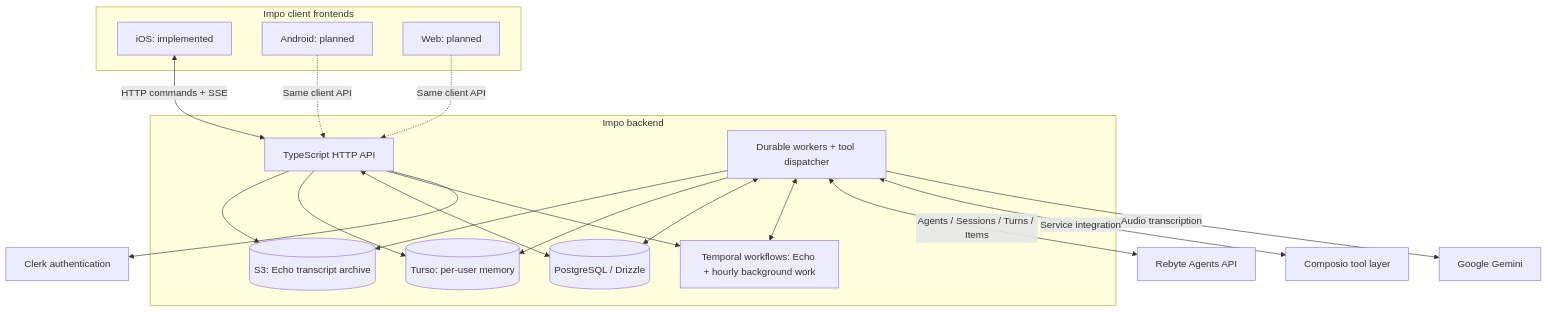
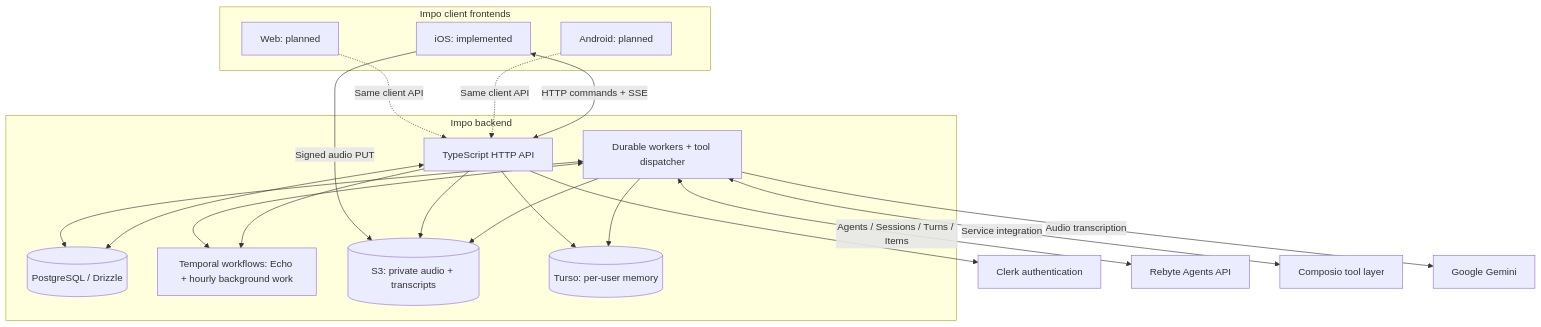
The diagram in README.md (impoai/impo), drawn with Mermaid before and after one commit. The commit also changed other lines of this file and 38 other files, not shown here.

Commit message:
Upload Echo audio directly to S3 with durable confirmation

````diff
--- a/README.md
+++ b/README.md
@@ -70,31 +71,32 @@
 ```mermaid
 flowchart TB
     subgraph Clients["Impo client frontends"]
         App["iOS: implemented"]
         Android["Android: planned"]
         Web["Web: planned"]
     end
     subgraph Backend["Impo backend"]
         API["TypeScript HTTP API"]
         DB[("PostgreSQL / Drizzle")]
         Worker["Durable workers + tool dispatcher"]
         Temporal["Temporal workflows: Echo + hourly background work"]
-        S3[("S3: Echo transcript archive")]
+        S3[("S3: private audio + transcripts")]
         Turso[("Turso: per-user memory")]
         Worker --> S3
         Worker --> Turso
         API --> S3
         API --> Turso
         API <--> DB
         Worker <--> DB
         API --> Temporal
         Worker <--> Temporal
     end
     App <-->|"HTTP commands + SSE"| API
+    App -->|"Signed audio PUT"| S3
     Android -.->|"Same client API"| API
     Web -.->|"Same client API"| API
     API --> Clerk["Clerk authentication"]
     Worker <-->|"Agents / Sessions / Turns / Items"| Rebyte["Rebyte Agents API"]
     Worker <-->|"Service integration"| Composio["Composio tool layer"]
     Worker -->|"Audio transcription"| Gemini["Google Gemini"]
 ```
````
